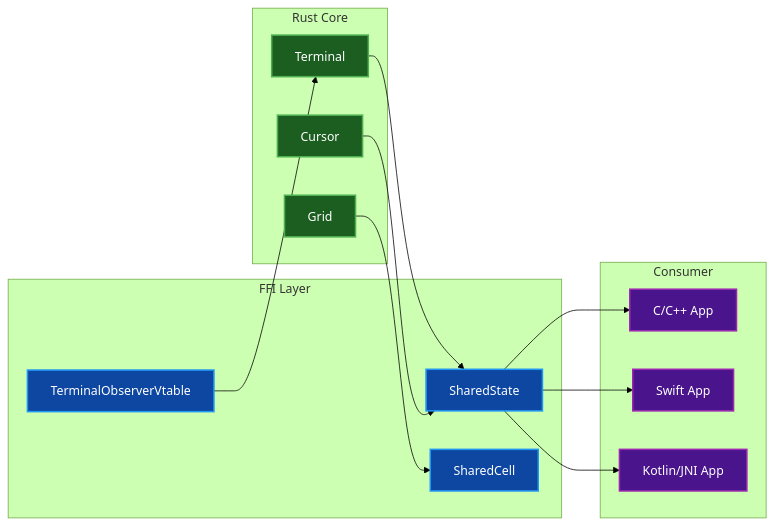
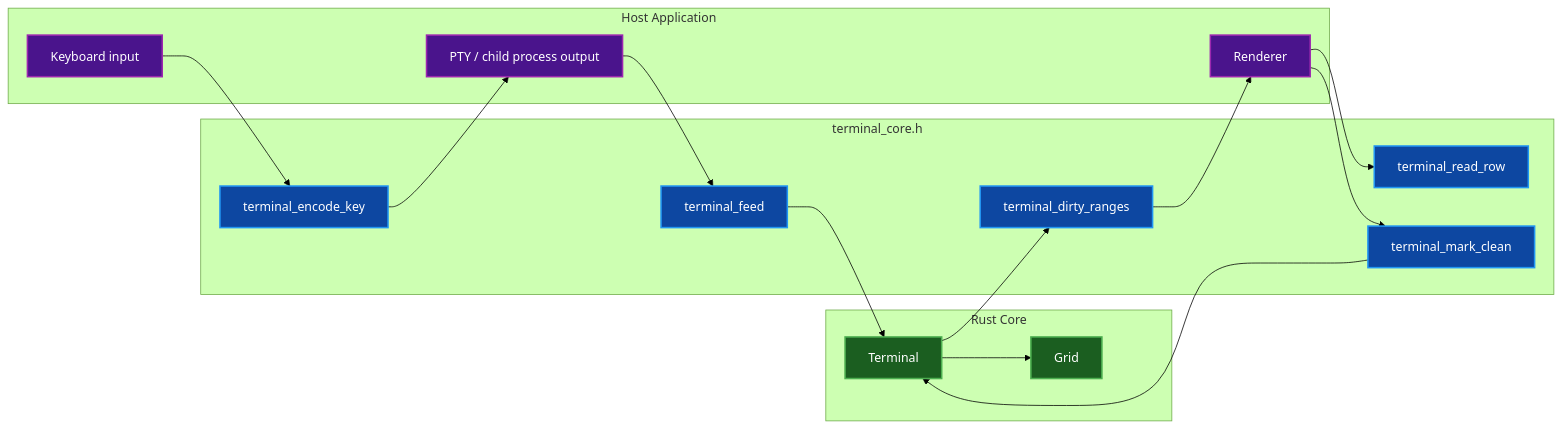
One commit to paulrobello/par-term-emu-core-rust changed the first of 2 diagrams in docs/FFI_GUIDE.md. Above: the diagram before and after it, drawn with Mermaid (forest theme). The commit also changed other lines of this file, not shown here.

First line of the commit message:
docs(ffi): rewrite FFI_GUIDE around terminal_core.h and the embedding surface (DOC-065)

````diff
--- a/docs/FFI_GUIDE.md
+++ b/docs/FFI_GUIDE.md
@@ -35,38 +26,33 @@
 ```mermaid
 graph LR
-    subgraph "FFI Layer"
-        A[SharedState]
-        B[SharedCell]
-        C[TerminalObserverVtable]
+    subgraph "Host Application"
+        U[PTY / child process output]
+        K[Keyboard input]
+        R[Renderer]
+    end
+    subgraph "terminal_core.h"
+        F[terminal_feed]
+        D[terminal_dirty_ranges]
+        RD[terminal_read_row]
+        M[terminal_mark_clean]
+        E[terminal_encode_key]
+    end
+    subgraph "Rust Core"
+        T[Terminal]
+        G[Grid]
     end
 
-    subgraph "Rust Core"
-        D[Terminal]
-        E[Grid]
-        F[Cursor]
-    end
+    U --> F --> T
+    T --> G
+    T --> D --> R
+    R --> RD
+    R --> M --> T
+    K --> E --> U
 
-    subgraph "Consumer"
-        G[C/C++ App]
-        H[Swift App]
-        I[Kotlin/JNI App]
-    end
-
-    D --> A
-    E --> B
-    F --> A
-    C --> D
-    A --> G
-    A --> H
-    A --> I
-
-    style A fill:#0d47a1,stroke:#2196f3,stroke-width:2px,color:#ffffff
-    style B fill:#0d47a1,stroke:#2196f3,stroke-width:2px,color:#ffffff
-    style C fill:#0d47a1,stroke:#2196f3,stroke-width:2px,color:#ffffff
-    style D fill:#1b5e20,stroke:#4caf50,stroke-width:2px,color:#ffffff
-    style E fill:#1b5e20,stroke:#4caf50,stroke-width:2px,color:#ffffff
-    style F fill:#1b5e20,stroke:#4caf50,stroke-width:2px,color:#ffffff
-    style G fill:#4a148c,stroke:#9c27b0,stroke-width:2px,color:#ffffff
-    style H fill:#4a148c,stroke:#9c27b0,stroke-width:2px,color:#ffffff
-    style I fill:#4a148c,stroke:#9c27b0,stroke-width:2px,color:#ffffff
+    classDef host fill:#4a148c,stroke:#9c27b0,stroke-width:2px,color:#ffffff
+    classDef api fill:#0d47a1,stroke:#2196f3,stroke-width:2px,color:#ffffff
+    classDef core fill:#1b5e20,stroke:#4caf50,stroke-width:2px,color:#ffffff
+    class U,K,R host
+    class F,D,RD,M,E api
+    class T,G core
 ```
````
